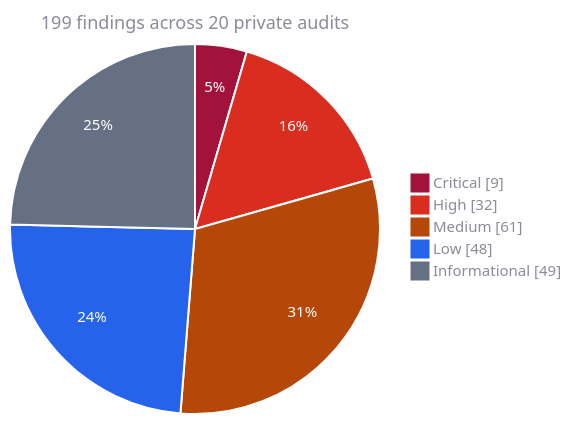
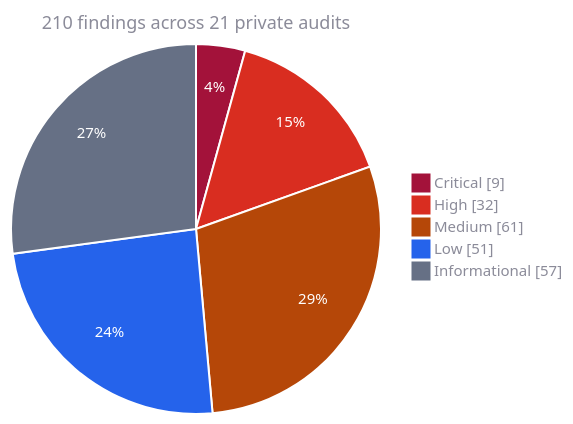
Before and after one commit to Kann-Audits/Kann-Audits: the first of 2 diagrams in README.md, drawn with Mermaid. The commit also changed other lines of this file and 2 other files, not shown here.

````diff
--- a/README.md
+++ b/README.md
@@ -82,10 +83,10 @@
 ```mermaid
 %%{init: {"theme": "base", "themeVariables": {"pie1": "#a3123a", "pie2": "#d92d20", "pie3": "#b54708", "pie4": "#2563eb", "pie5": "#667085", "pieStrokeColor": "#ffffff", "pieStrokeWidth": "2px", "pieOuterStrokeWidth": "0px", "pieOpacity": "1", "pieSectionTextColor": "#ffffff", "pieSectionTextSize": "15px", "pieTitleTextColor": "#8b8b99", "pieTitleTextSize": "18px", "pieLegendTextColor": "#8b8b99", "pieLegendTextSize": "15px"}}}%%
 pie showData
-    title 199 findings across 20 private audits
+    title 210 findings across 21 private audits
     "Critical" : 9
     "High" : 32
     "Medium" : 61
-    "Low" : 48
-    "Informational" : 49
+    "Low" : 51
+    "Informational" : 57
 ```
````
